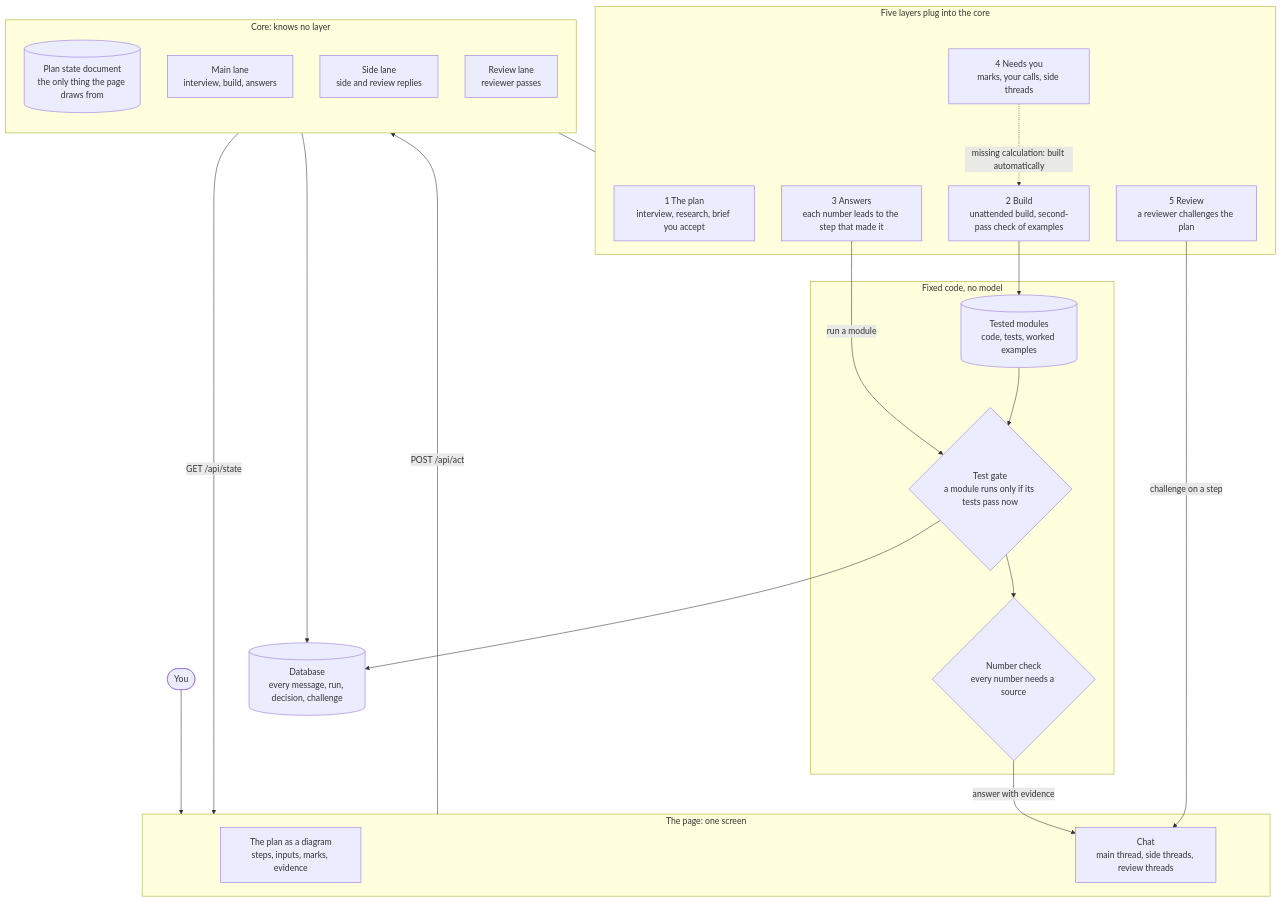
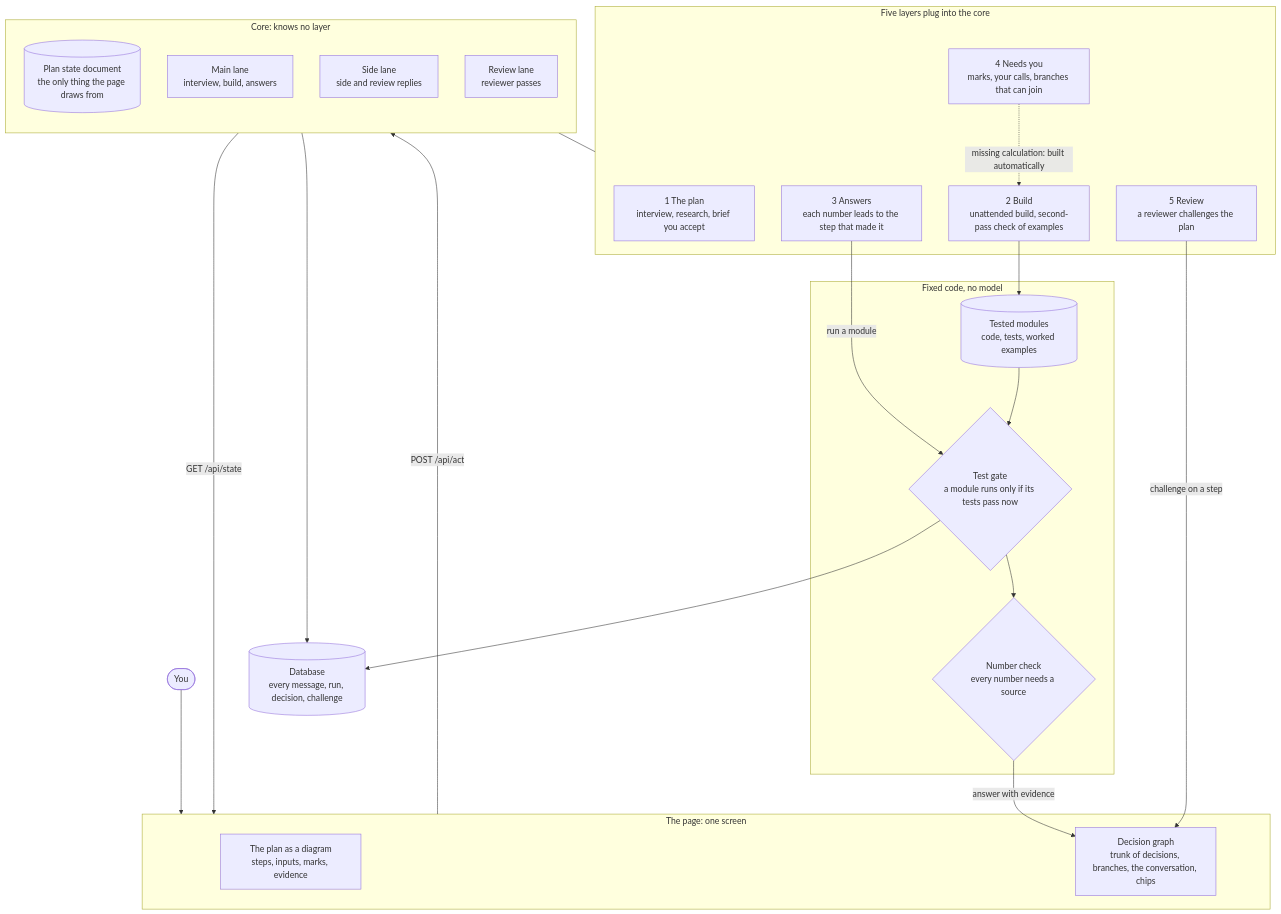
The diagram in README.md (francescogalletta/aienyc-harness-workshop), drawn with Mermaid before and after one commit. The commit also changed other lines of this file and 89 other files, not shown here.

First line of the commit message:
Decision graph: demo wording, glossary sources, script and fallbacks on the final code

````diff
--- a/README.md
+++ b/README.md
@@ -20,47 +20,47 @@
 ```mermaid
 flowchart TB
     person([You])
 
     subgraph page["The page: one screen"]
         diagram["The plan as a diagram<br/>steps, inputs, marks, evidence"]
-        chat["Chat<br/>main thread, side threads, review threads"]
+        chat["Decision graph<br/>trunk of decisions, branches, the conversation, chips"]
     end
 
     subgraph core["Core: knows no layer"]
         direction TB
         state[("Plan state document<br/>the only thing the page draws from")]
         main["Main lane<br/>interview, build, answers"]
         side["Side lane<br/>side and review replies"]
         review["Review lane<br/>reviewer passes"]
     end
 
     subgraph layers["Five layers plug into the core"]
         l1["1 The plan<br/>interview, research, brief you accept"]
         l2["2 Build<br/>unattended build, second-pass check of examples"]
         l3["3 Answers<br/>each number leads to the step that made it"]
-        l4["4 Needs you<br/>marks, your calls, side threads"]
+        l4["4 Needs you<br/>marks, your calls, branches that can join"]
         l5["5 Review<br/>a reviewer challenges the plan"]
     end
 
     subgraph fixed["Fixed code, no model"]
         modules[("Tested modules<br/>code, tests, worked examples")]
         gate{"Test gate<br/>a module runs only if its tests pass now"}
         numcheck{"Number check<br/>every number needs a source"}
     end
 
     db[("Database<br/>every message, run, decision, challenge")]
 
     person --> page
     page -->|"POST /api/act"| core
     state -->|"GET /api/state"| page
     core --- layers
     l2 --> modules
     l3 -->|"run a module"| gate
     modules --> gate
     gate --> numcheck
     numcheck -->|"answer with evidence"| chat
     l4 -. "missing calculation: built automatically" .-> l2
     l5 -->|"challenge on a step"| chat
     core --> db
     gate --> db
 ```
````
